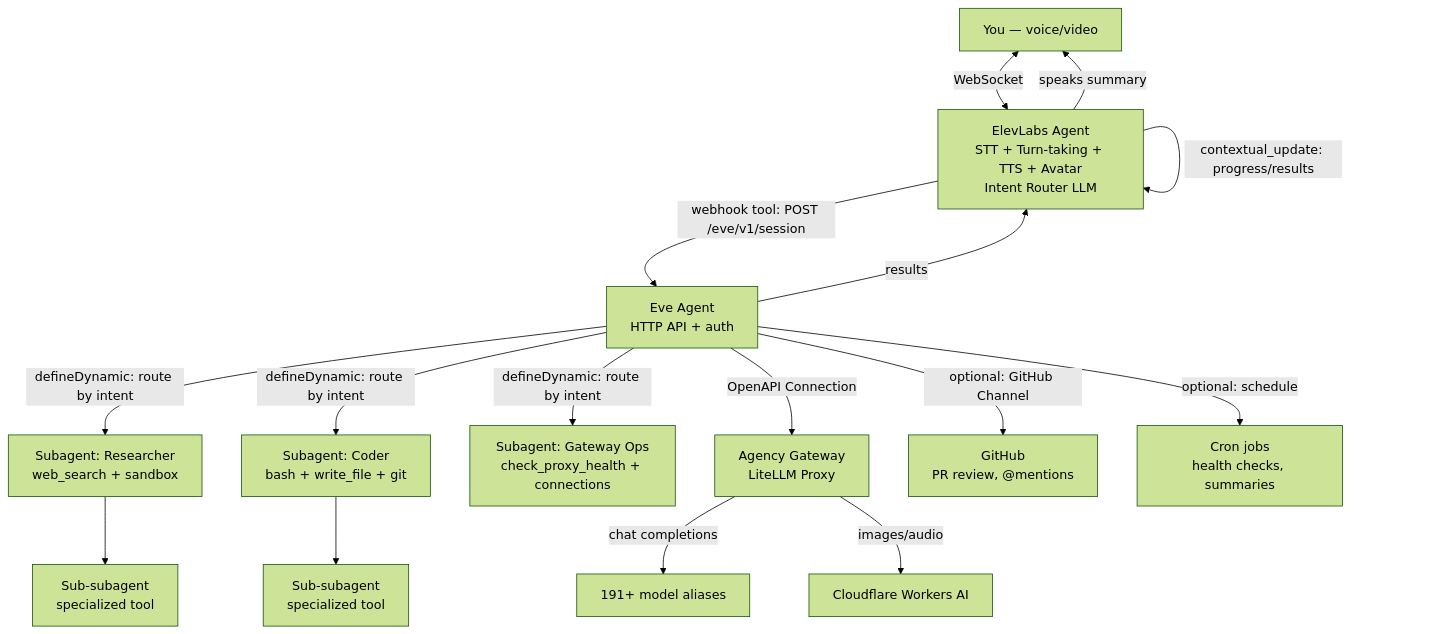
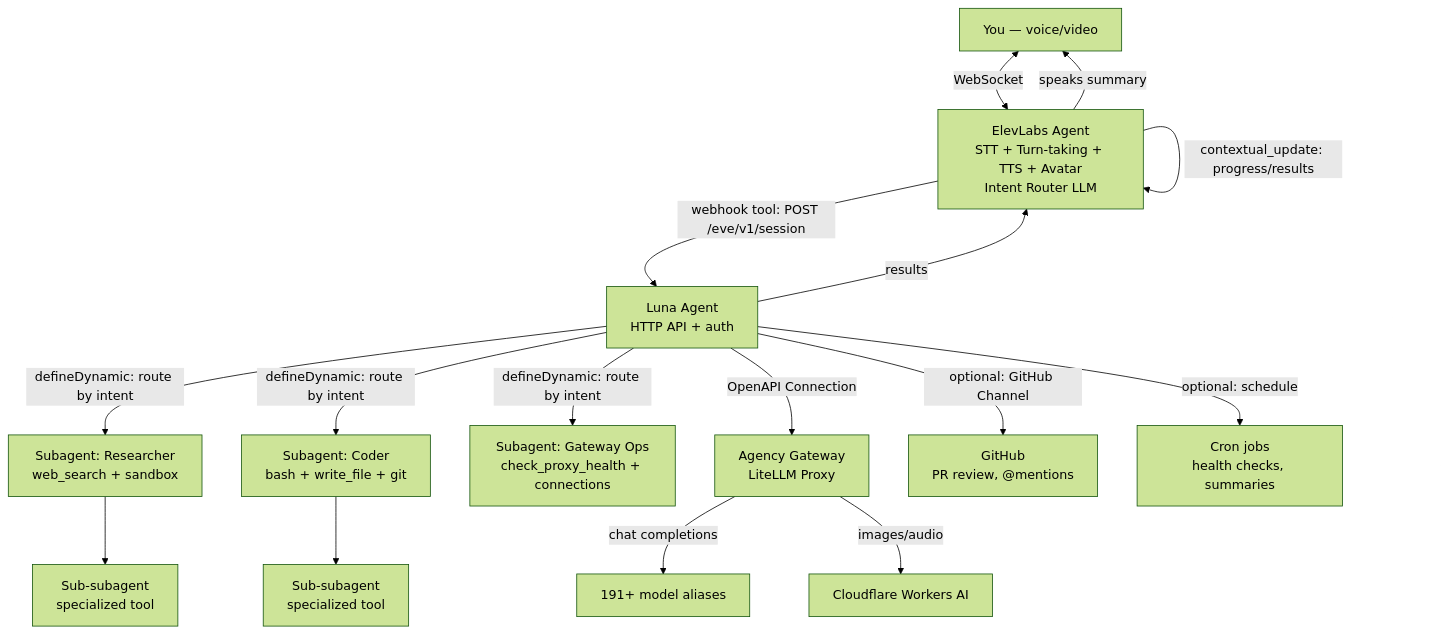
The diagram in docs/research/always-on-draft.md (jamesnavinhill/eve), drawn with Mermaid (forest theme) before and after one commit. The commit also changed other lines of this file and 36 other files, not shown here.

````diff
--- a/docs/research/always-on-draft.md
+++ b/docs/research/always-on-draft.md
@@ -149,27 +149,27 @@
 ```mermaid
 graph TD
     YOU[You — voice/video]
     EL[ElevLabs Agent<br/>STT + Turn-taking + TTS + Avatar<br/>Intent Router LLM]
 
     YOU <-->|WebSocket| EL
 
-    EL -->|webhook tool: POST /eve/v1/session| EVE[Eve Agent<br/>HTTP API + auth]
+    EL -->|webhook tool: POST /eve/v1/session| EVE[Luna Agent<br/>HTTP API + auth]
     EL -->|contextual_update: progress/results| EL
 
     EVE -->|defineDynamic: route by intent| SA1[Subagent: Researcher<br/>web_search + sandbox]
     EVE -->|defineDynamic: route by intent| SA2[Subagent: Coder<br/>bash + write_file + git]
     EVE -->|defineDynamic: route by intent| SA3[Subagent: Gateway Ops<br/>check_proxy_health + connections]
 
     SA1 --> SSA1[Sub-subagent<br/>specialized tool]
     SA2 --> SSA2[Sub-subagent<br/>specialized tool]
 
     EVE -->|results| EL
     EL -->|speaks summary| YOU
 
     EVE -->|OpenAPI Connection| GW[Agency Gateway<br/>LiteLLM Proxy]
     GW -->|chat completions| MODELS[191+ model aliases]
     GW -->|images/audio| CF[Cloudflare Workers AI]
 
     EVE -->|optional: GitHub Channel| GH[GitHub<br/>PR review, @mentions]
     EVE -->|optional: schedule| CRON[Cron jobs<br/>health checks, summaries]
 ```
````
